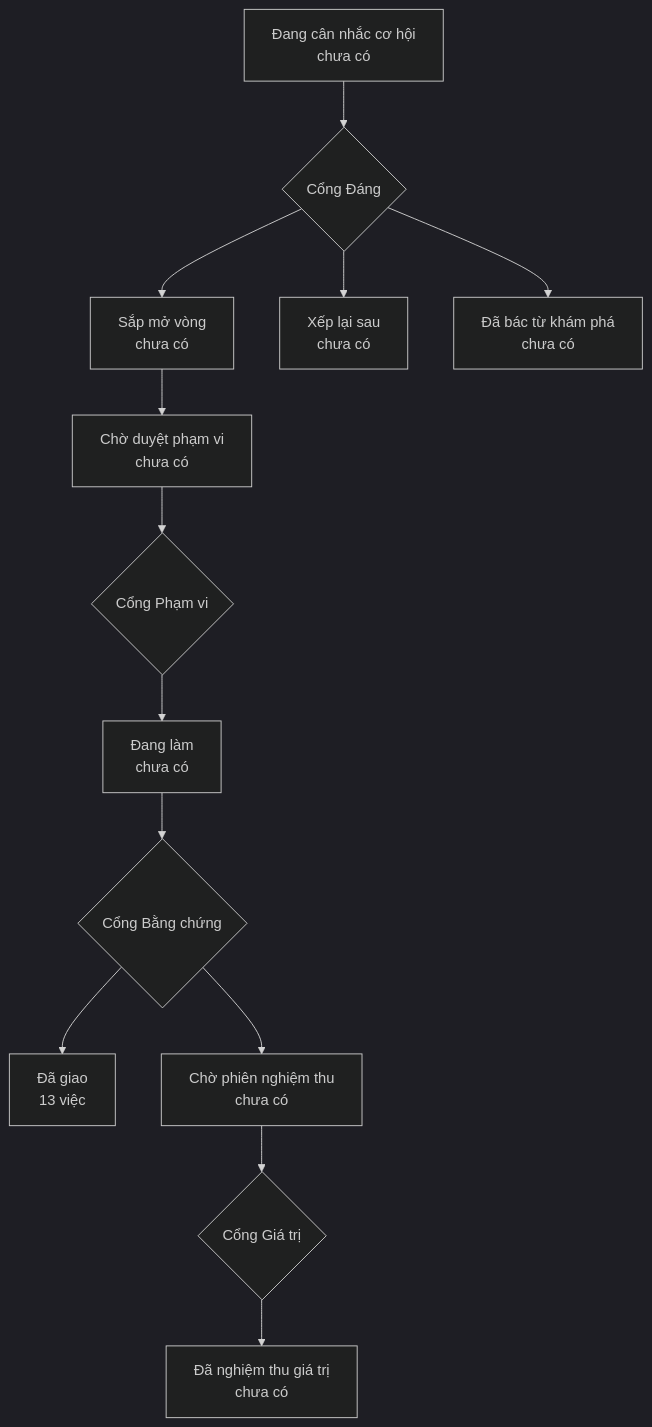
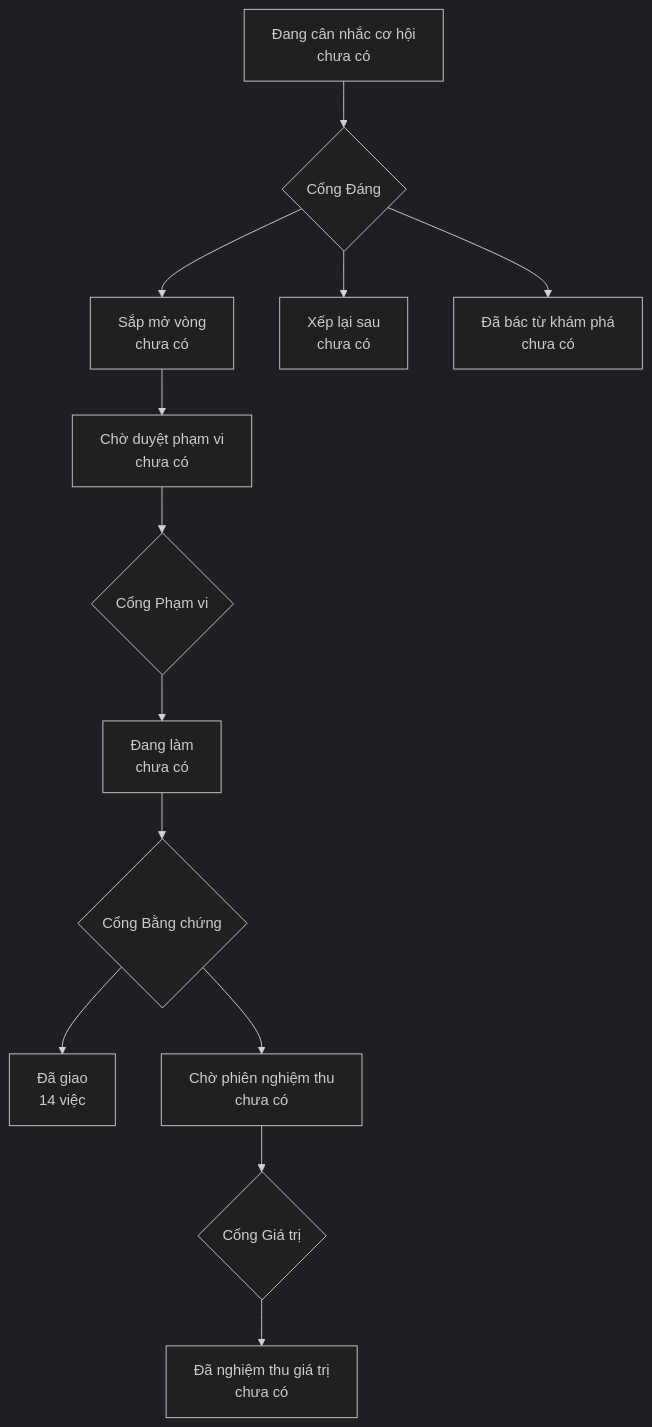
The diagram in PRODUCT-MAP.md (phanlemanh/onehub-invest), drawn with Mermaid (dark theme) before and after one commit.

Commit message:
docs: sinh lại PRODUCT-MAP.md sau merge main 5fee467

````diff
--- a/PRODUCT-MAP.md
+++ b/PRODUCT-MAP.md
@@ -6,12 +6,12 @@
 ```mermaid
 flowchart TD
   A["Đang cân nhắc cơ hội<br/>chưa có"] --> GD{"Cổng Đáng"}
   GD --> B["Sắp mở vòng<br/>chưa có"]
   GD --> XL["Xếp lại sau<br/>chưa có"]
   GD --> DB["Đã bác từ khám phá<br/>chưa có"]
   B --> CD["Chờ duyệt phạm vi<br/>chưa có"] --> GP{"Cổng Phạm vi"}
   GP --> DL["Đang làm<br/>chưa có"] --> GB{"Cổng Bằng chứng"}
-  GB --> DG["Đã giao<br/>13 việc"]
+  GB --> DG["Đã giao<br/>14 việc"]
   GB --> CN["Chờ phiên nghiệm thu<br/>chưa có"] --> GG{"Cổng Giá trị"}
   GG --> NT["Đã nghiệm thu giá trị<br/>chưa có"]
 ```
````
